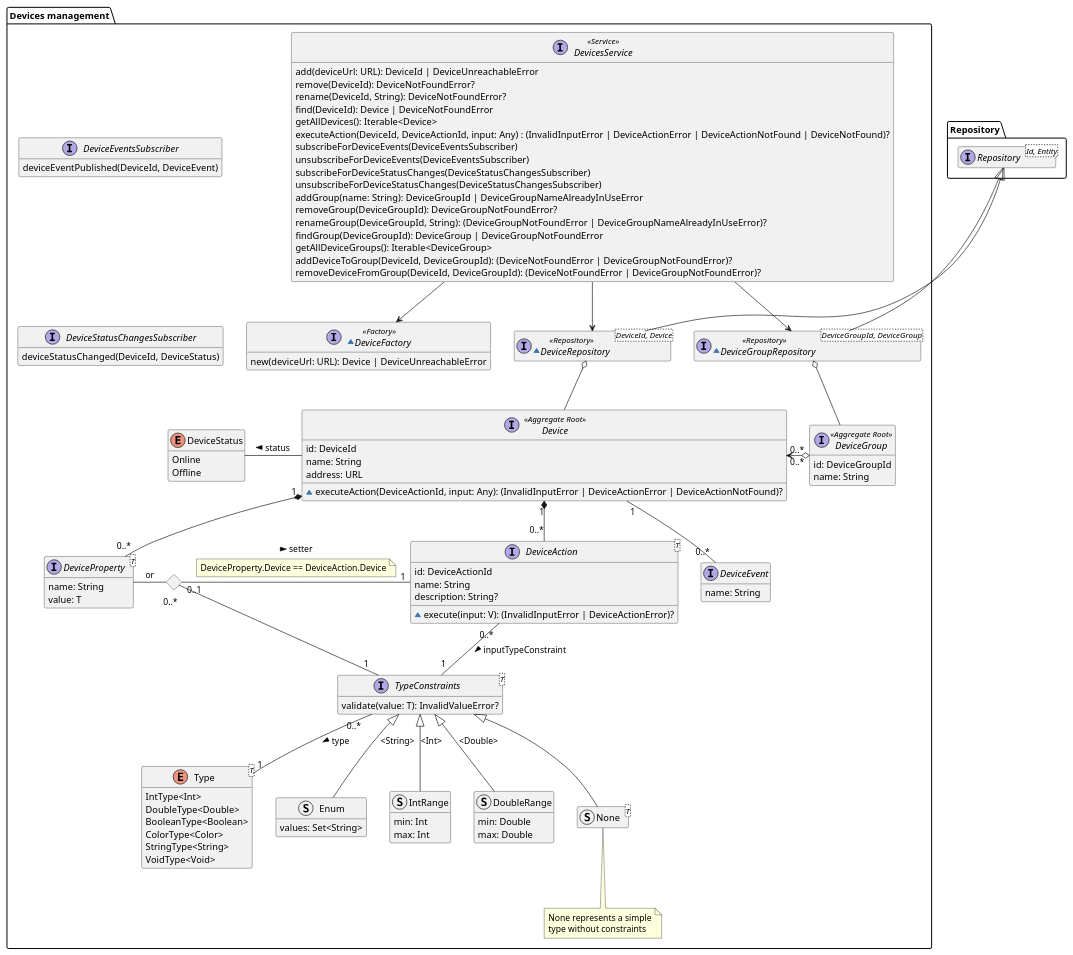
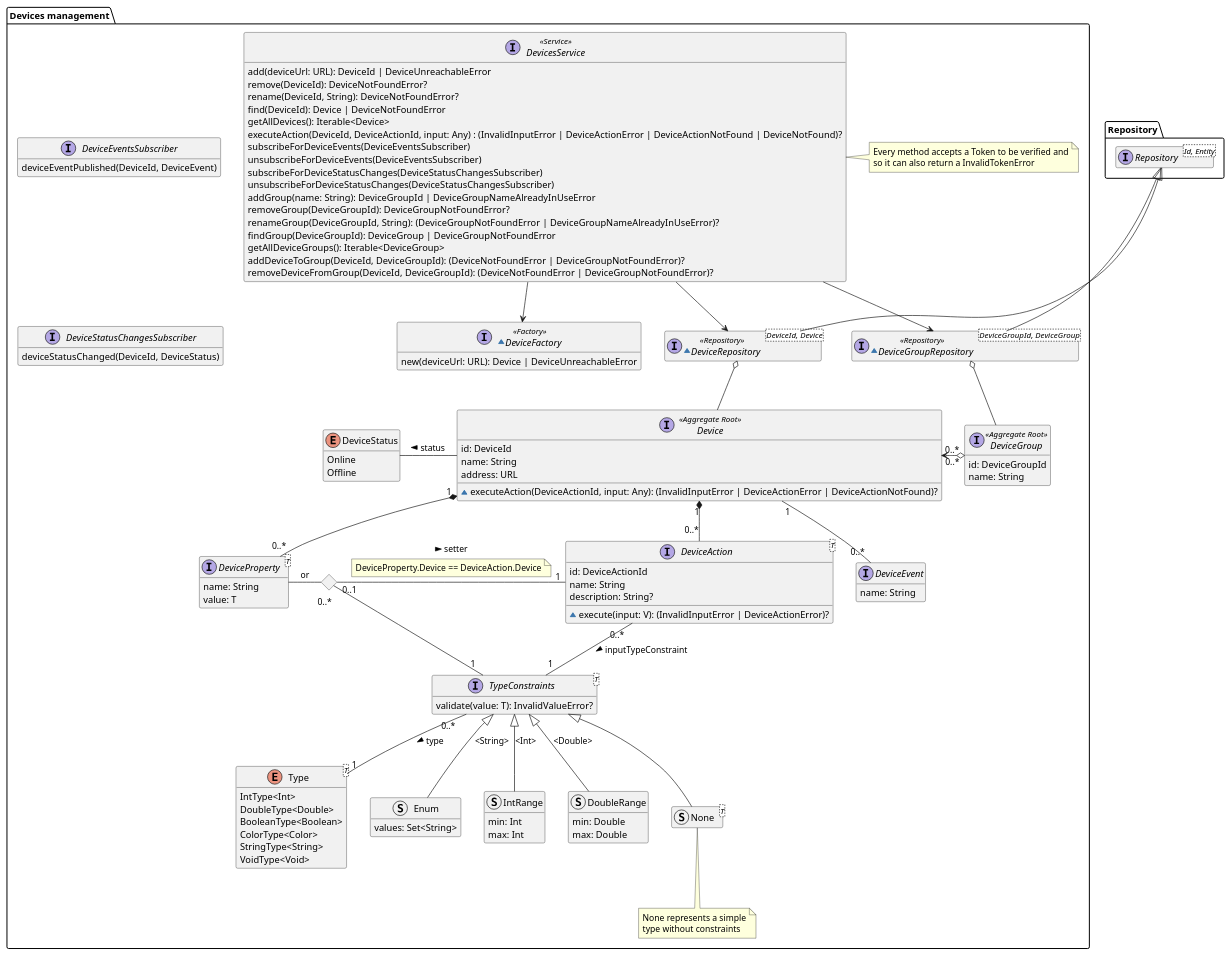
One commit to DomoticASW/.github changed the diagram in diagrams/src/devices-management-domain-model.puml. Above: the diagram before and after it, drawn with PlantUML. The commit also changed 1 other file, not shown here.

Commit message:
add note about tokens in devices domain model diagram

```diff
--- a/diagrams/src/devices-management-domain-model.puml
+++ b/diagrams/src/devices-management-domain-model.puml
@@ -1,143 +1,148 @@
 @startuml devices-management-domain-model
 
 hide empty members
 package Repository{
     interface Repository<Id, Entity>
 }
 
 package "Devices management" {
 
     interface Device <<Aggregate Root>> {
         id: DeviceId
         name: String
         address: URL
         ~ executeAction(DeviceActionId, input: Any): (InvalidInputError | DeviceActionError | DeviceActionNotFound)?
     }
 
     enum DeviceStatus {
         Online
         Offline
     }
 
     interface DeviceGroup <<Aggregate Root>> {
         id: DeviceGroupId
         name: String
     }
 
     enum Type<T> {
         IntType<Int>
         DoubleType<Double>
         BooleanType<Boolean>
         ColorType<Color>
         StringType<String>
         VoidType<Void>
     }
 
     interface TypeConstraints<T> {
         validate(value: T): InvalidValueError?
     }
 
     struct Enum {
         values: Set<String>
     }
 
     struct IntRange {
         min: Int
         max: Int
     }
 
     struct DoubleRange {
         min: Double
         max: Double
     }
 
     struct None<T>
     note bottom of None
         None represents a simple
         type without constraints
     end note
 
 
     interface DeviceProperty<T> {
         name: String
         value: T
     }
 
     interface DeviceAction<T> {
         id: DeviceActionId
         name: String
         description: String?
         ~ execute(input: V): (InvalidInputError | DeviceActionError)?
     }
 
     interface DeviceEvent {
         name: String
     }
 
     ~interface DeviceRepository<DeviceId, Device> <<Repository>> {
     }
     ~interface DeviceGroupRepository<DeviceGroupId, DeviceGroup> <<Repository>> {
     }
 
     interface DeviceEventsSubscriber {
         deviceEventPublished(DeviceId, DeviceEvent)
     }
 
     interface DeviceStatusChangesSubscriber {
         deviceStatusChanged(DeviceId, DeviceStatus)
     }
 
     interface DevicesService <<Service>> {
         add(deviceUrl: URL): DeviceId | DeviceUnreachableError
         remove(DeviceId): DeviceNotFoundError?
         rename(DeviceId, String): DeviceNotFoundError?
         find(DeviceId): Device | DeviceNotFoundError
         getAllDevices(): Iterable<Device>
         executeAction(DeviceId, DeviceActionId, input: Any) : (InvalidInputError | DeviceActionError | DeviceActionNotFound | DeviceNotFound)?
         subscribeForDeviceEvents(DeviceEventsSubscriber)
         unsubscribeForDeviceEvents(DeviceEventsSubscriber)
         subscribeForDeviceStatusChanges(DeviceStatusChangesSubscriber)
         unsubscribeForDeviceStatusChanges(DeviceStatusChangesSubscriber)
         addGroup(name: String): DeviceGroupId | DeviceGroupNameAlreadyInUseError
         removeGroup(DeviceGroupId): DeviceGroupNotFoundError?
         renameGroup(DeviceGroupId, String): (DeviceGroupNotFoundError | DeviceGroupNameAlreadyInUseError)?
         findGroup(DeviceGroupId): DeviceGroup | DeviceGroupNotFoundError
         getAllDeviceGroups(): Iterable<DeviceGroup>
         addDeviceToGroup(DeviceId, DeviceGroupId): (DeviceNotFoundError | DeviceGroupNotFoundError)?
         removeDeviceFromGroup(DeviceId, DeviceGroupId): (DeviceNotFoundError | DeviceGroupNotFoundError)?
     }
 
+    note right of DevicesService
+        Every method accepts a Token to be verified and
+        so it can also return a InvalidTokenError
+    end note
+
     ~interface DeviceFactory <<Factory>> {
         new(deviceUrl: URL): Device | DeviceUnreachableError
     }
 
 
     Device -l- DeviceStatus : "status >"
     Device "0..*"  <-r-o "0..*" DeviceGroup
     TypeConstraints "0..*" -- "1" Type : "type >"
     Enum -u-|> TypeConstraints : "<String>"
     IntRange -u-|> TypeConstraints : "<Int>"
     DoubleRange -u-|> TypeConstraints : "<Double>"
     None -u-|> TypeConstraints
     DeviceAction "0..*" -- "1" TypeConstraints : "inputTypeConstraint >"
     Device "1" *-- "0..*" DeviceProperty
     Device "1" *-- "0..*" DeviceAction
     <> Diamond
     DeviceProperty -r- Diamond : "or"
     Diamond "0..1" -r- "1" DeviceAction : "setter >"
     note on link
         DeviceProperty.Device == DeviceAction.Device
     end note
     Diamond "0..*" -- "1" TypeConstraints
     Device "1" -- "0..*" DeviceEvent
     DeviceGroupRepository -u-|> Repository.Repository
     DeviceGroupRepository o-- DeviceGroup
     DeviceRepository -u-|> Repository.Repository
     DeviceRepository o-- Device
     DevicesService --> DeviceRepository
     DevicesService --> DeviceGroupRepository
     DevicesService --> DeviceFactory
     DeviceEventsSubscriber -[hidden]- DeviceStatusChangesSubscriber
 }
 
 @enduml
```
